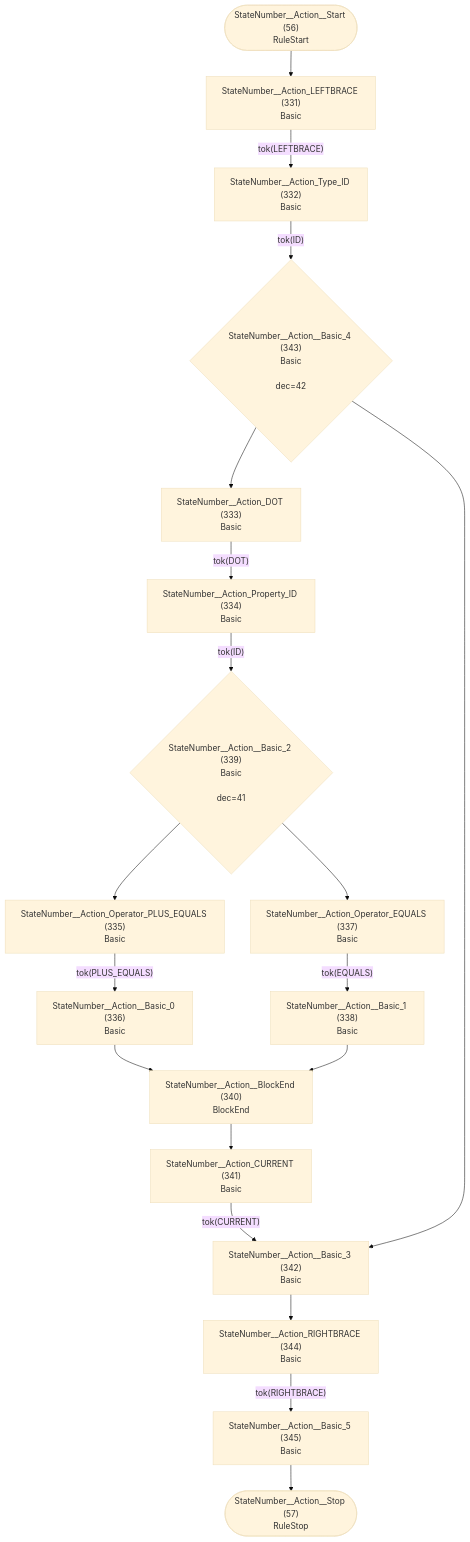
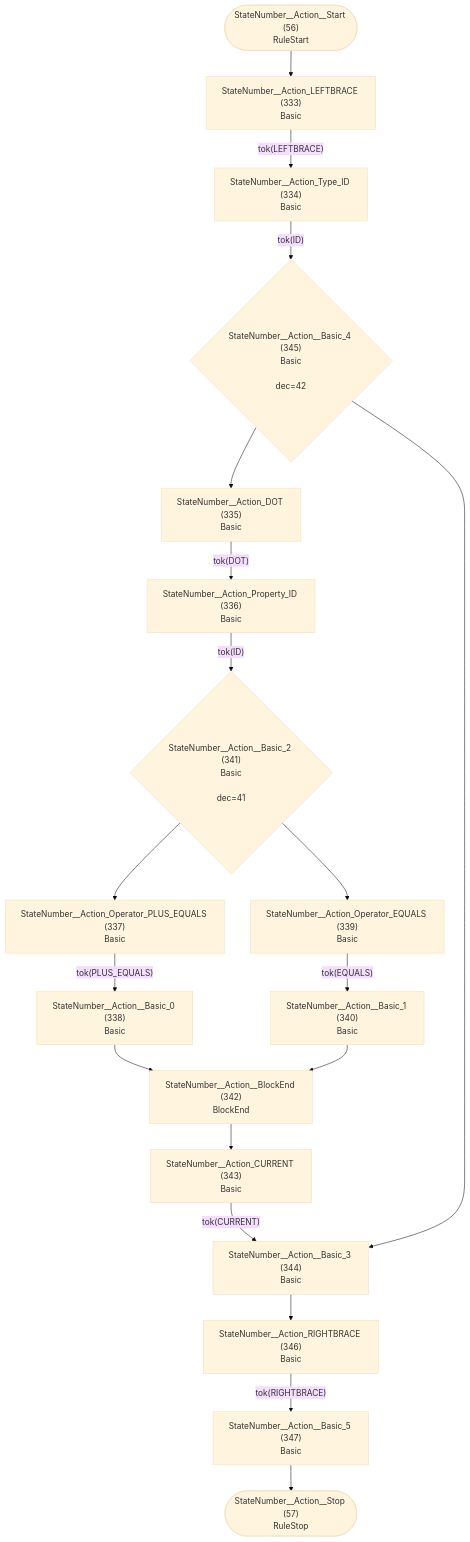
Diagram 29 of 33 in internal/grammar/atn.md (TypeFox/fastbelt), drawn with Mermaid (base theme) before and after one commit. The commit also changed other lines of this file and 6 other files, not shown here.

````diff
--- a/internal/grammar/atn.md
+++ b/internal/grammar/atn.md
@@ -872,39 +877,39 @@
 ```mermaid
 flowchart TD
     q56(["StateNumber__Action__Start (56)<br/>RuleStart"])
     q57(["StateNumber__Action__Stop (57)<br/>RuleStop"])
-    q331["StateNumber__Action_LEFTBRACE (331)<br/>Basic<br/>"]
-    q332["StateNumber__Action_Type_ID (332)<br/>Basic<br/>"]
-    q333["StateNumber__Action_DOT (333)<br/>Basic<br/>"]
-    q334["StateNumber__Action_Property_ID (334)<br/>Basic<br/>"]
-    q335["StateNumber__Action_Operator_PLUS_EQUALS (335)<br/>Basic<br/>"]
-    q336["StateNumber__Action__Basic_0 (336)<br/>Basic<br/>"]
-    q337["StateNumber__Action_Operator_EQUALS (337)<br/>Basic<br/>"]
-    q338["StateNumber__Action__Basic_1 (338)<br/>Basic<br/>"]
-    q339{"StateNumber__Action__Basic_2 (339)<br/>Basic<br/><br/>dec=41"}
-    q340["StateNumber__Action__BlockEnd (340)<br/>BlockEnd<br/>"]
-    q341["StateNumber__Action_CURRENT (341)<br/>Basic<br/>"]
-    q342["StateNumber__Action__Basic_3 (342)<br/>Basic<br/>"]
-    q343{"StateNumber__Action__Basic_4 (343)<br/>Basic<br/><br/>dec=42"}
-    q344["StateNumber__Action_RIGHTBRACE (344)<br/>Basic<br/>"]
-    q345["StateNumber__Action__Basic_5 (345)<br/>Basic<br/>"]
+    q333["StateNumber__Action_LEFTBRACE (333)<br/>Basic<br/>"]
+    q334["StateNumber__Action_Type_ID (334)<br/>Basic<br/>"]
+    q335["StateNumber__Action_DOT (335)<br/>Basic<br/>"]
+    q336["StateNumber__Action_Property_ID (336)<br/>Basic<br/>"]
+    q337["StateNumber__Action_Operator_PLUS_EQUALS (337)<br/>Basic<br/>"]
+    q338["StateNumber__Action__Basic_0 (338)<br/>Basic<br/>"]
+    q339["StateNumber__Action_Operator_EQUALS (339)<br/>Basic<br/>"]
+    q340["StateNumber__Action__Basic_1 (340)<br/>Basic<br/>"]
+    q341{"StateNumber__Action__Basic_2 (341)<br/>Basic<br/><br/>dec=41"}
+    q342["StateNumber__Action__BlockEnd (342)<br/>BlockEnd<br/>"]
+    q343["StateNumber__Action_CURRENT (343)<br/>Basic<br/>"]
+    q344["StateNumber__Action__Basic_3 (344)<br/>Basic<br/>"]
+    q345{"StateNumber__Action__Basic_4 (345)<br/>Basic<br/><br/>dec=42"}
+    q346["StateNumber__Action_RIGHTBRACE (346)<br/>Basic<br/>"]
+    q347["StateNumber__Action__Basic_5 (347)<br/>Basic<br/>"]
 
-    q56 --> q331
-    q331 -->|"tok(LEFTBRACE)"| q332
-    q332 -->|"tok(ID)"| q343
-    q333 -->|"tok(DOT)"| q334
-    q334 -->|"tok(ID)"| q339
-    q335 -->|"tok(PLUS_EQUALS)"| q336
-    q336 --> q340
-    q337 -->|"tok(EQUALS)"| q338
-    q338 --> q340
-    q339 --> q335
-    q339 --> q337
-    q340 --> q341
-    q341 -->|"tok(CURRENT)"| q342
-    q342 --> q344
-    q343 --> q333
-    q343 --> q342
-    q344 -->|"tok(RIGHTBRACE)"| q345
-    q345 --> q57
+    q56 --> q333
+    q333 -->|"tok(LEFTBRACE)"| q334
+    q334 -->|"tok(ID)"| q345
+    q335 -->|"tok(DOT)"| q336
+    q336 -->|"tok(ID)"| q341
+    q337 -->|"tok(PLUS_EQUALS)"| q338
+    q338 --> q342
+    q339 -->|"tok(EQUALS)"| q340
+    q340 --> q342
+    q341 --> q337
+    q341 --> q339
+    q342 --> q343
+    q343 -->|"tok(CURRENT)"| q344
+    q344 --> q346
+    q345 --> q335
+    q345 --> q344
+    q346 -->|"tok(RIGHTBRACE)"| q347
+    q347 --> q57
 ```
````
